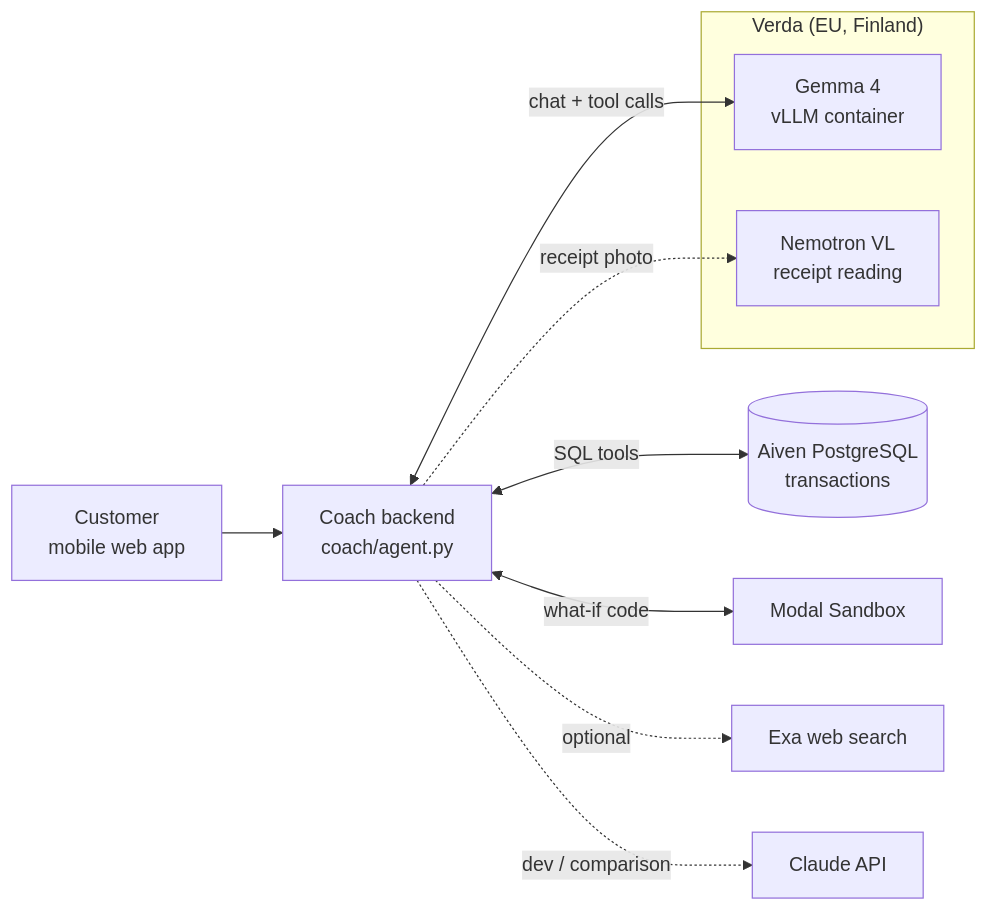
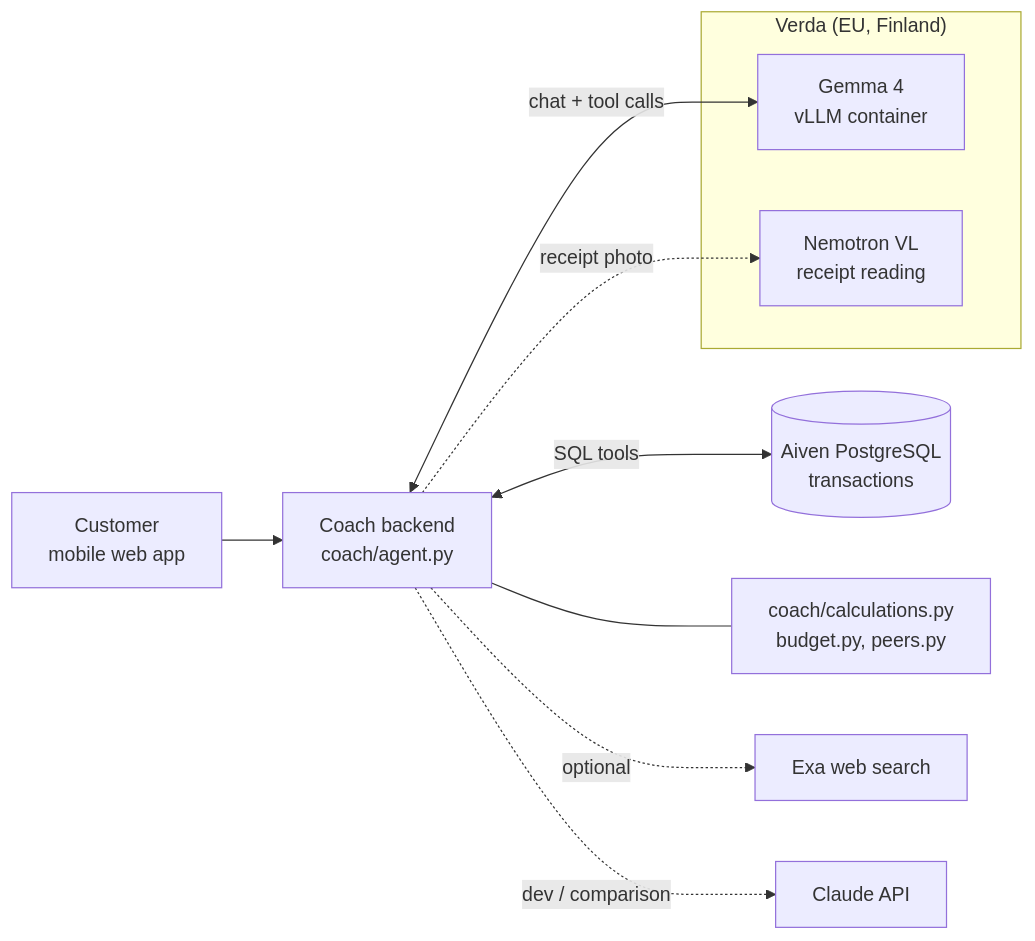
Before and after one commit to pinsionparoni/mountain-claude-boys-trek: the first of 2 diagrams in TECH_STACK.md, drawn with Mermaid. The commit also changed other lines of this file and 2 other files, not shown here.

First line of the commit message:
Docs: charts on request, calculations in code, features we'd built but not described

````diff
--- a/TECH_STACK.md
+++ b/TECH_STACK.md
@@ -30,16 +30,16 @@
 ```mermaid
 flowchart LR
     U["Customer<br/>mobile web app"] --> API["Coach backend<br/>coach/agent.py"]
 
     subgraph EU["Verda (EU, Finland)"]
         G["Gemma 4<br/>vLLM container"]
         N["Nemotron VL<br/>receipt reading"]
     end
 
     API <-->|"chat + tool calls"| G
     API -.->|"receipt photo"| N
     API <-->|"SQL tools"| DB[("Aiven PostgreSQL<br/>transactions")]
-    API <-->|"what-if code"| SB["Modal Sandbox"]
+    API --- CALC["coach/calculations.py<br/>budget.py, peers.py"]
     API -.->|"optional"| EXA["Exa web search"]
     API -.->|"dev / comparison"| C["Claude API"]
 ```
````
